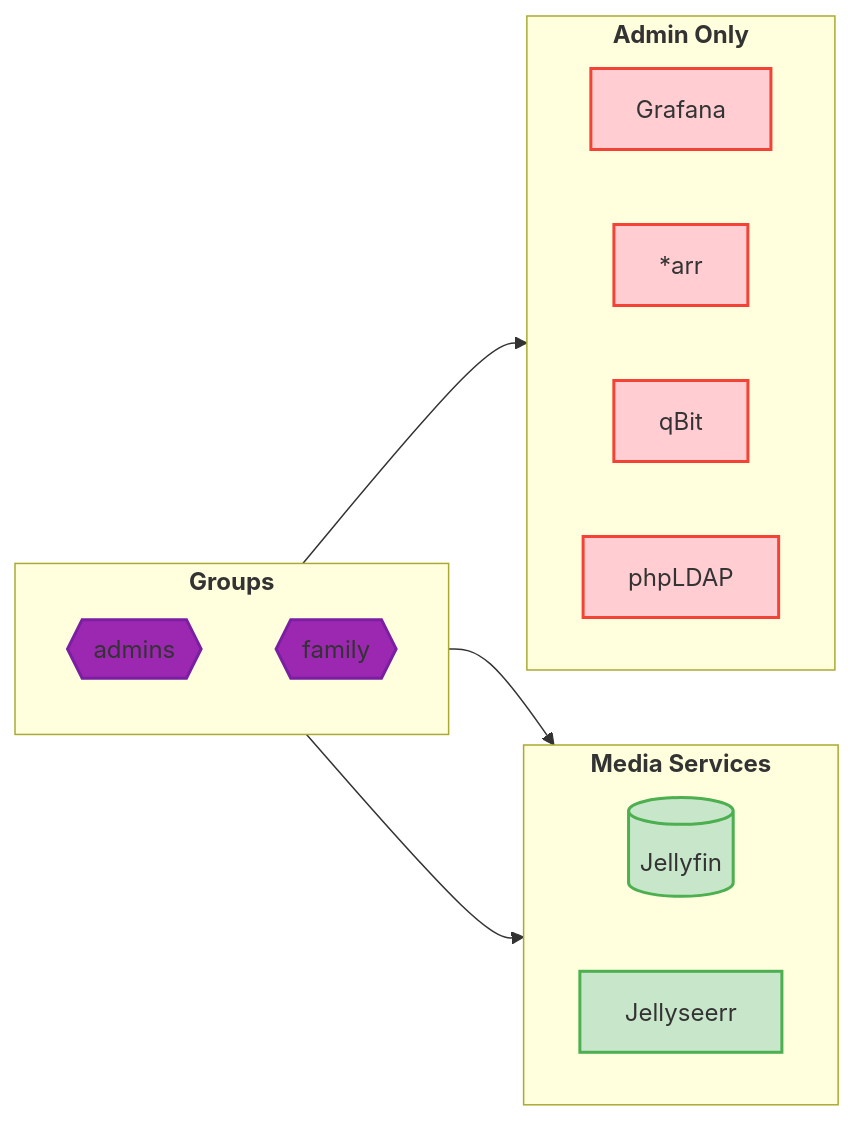
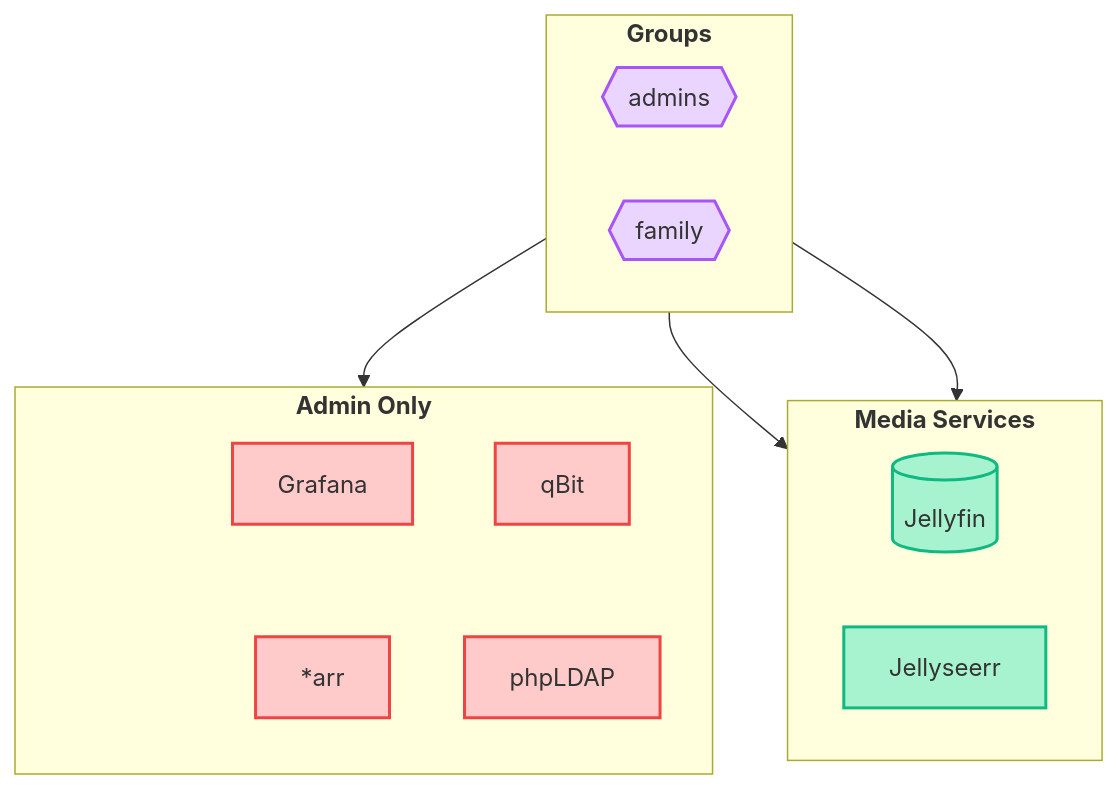
Before and after one commit to Mykyta-Home-Server/homeserver: the fourth of 4 diagrams in docs-site/src/content/docs/guides/ldap.mdx, drawn with Mermaid. The commit also changed other lines of this file and 2 other files, not shown here.

First paragraph of the commit message:
Fix Mermaid diagrams: broken shapes and consistent color palette
Fixed critical rendering issues and applied consistent pastel color palette across all diagrams.

````diff
--- a/docs-site/src/content/docs/guides/ldap.mdx
+++ b/docs-site/src/content/docs/guides/ldap.mdx
@@ -202,33 +200,43 @@
 ```mermaid
-flowchart LR
+flowchart TB
     subgraph groups["`**Groups**`"]
-        direction TB
+        direction LR
         Admins@{ shape: hex, label: "admins" }
         Family@{ shape: hex, label: "family" }
     end
 
     subgraph admin["`**Admin Only**`"]
-        direction LR
+        direction TB
+        row1_admin[" "]
+        row2_admin[" "]
+
         Grafana@{ shape: rect, label: "Grafana" }
         Arr@{ shape: rect, label: "*arr" }
         qBit@{ shape: rect, label: "qBit" }
         phpLDAP@{ shape: rect, label: "phpLDAP" }
+
+        row1_admin ~~~ row2_admin
+        Grafana ~~~ Arr
+        qBit ~~~ phpLDAP
     end
 
     subgraph media["`**Media Services**`"]
         direction LR
         Jellyfin@{ shape: cyl, label: "Jellyfin" }
         Jellyseerr@{ shape: rect, label: "Jellyseerr" }
     end
 
-    Admins --> admin & media
-    Family --> media
+    Admins --> admin
+    Admins & Family --> media
 
-    classDef groupStyle fill:#9c27b0,stroke:#7b1fa2,stroke-width:2px
-    classDef adminStyle fill:#ffcdd2,stroke:#f44336,stroke-width:2px
-    classDef mediaStyle fill:#c8e6c9,stroke:#4caf50,stroke-width:2px
+    style row1_admin fill:none,stroke:none
+    style row2_admin fill:none,stroke:none
+
+    classDef groupStyle fill:#e9d5ff,stroke:#a855f7,stroke-width:2px
+    classDef adminStyle fill:#fecaca,stroke:#ef4444,stroke-width:2px
+    classDef mediaStyle fill:#a7f3d0,stroke:#10b981,stroke-width:2px
 
     class Admins,Family groupStyle
     class Grafana,Arr,qBit,phpLDAP adminStyle
     class Jellyfin,Jellyseerr mediaStyle
 ```
````
